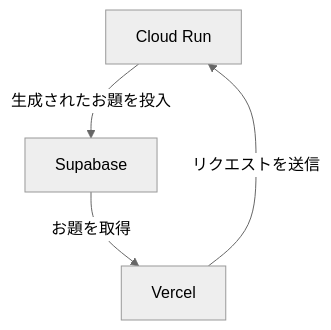
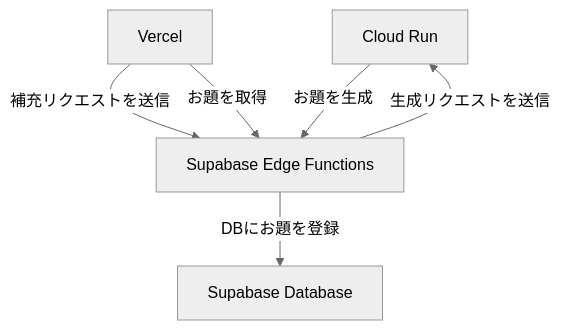
The diagram in README.md (Tanaka-Junsei/ogirin), drawn with Mermaid (neutral theme) before and after one commit. The commit also changed other lines of this file and 1 other file, not shown here.

Commit message:
追加

````diff
--- a/README.md
+++ b/README.md
@@ -14,10 +14,12 @@
 ```mermaid
-
 flowchart TB
   node_1["Cloud Run"]
-  node_2["Supabase"]
-  node_3["Vercel"]
-  node_1 --"生成されたお題を投入"--> node_2
-  node_2 --"お題を取得"--> node_3
-  node_3 --"リクエストを送信"--> node_1
+  node_2["Supabase Edge Functions"]
+  node_3["Supabase Database"]
+  node_4["Vercel"]
+  node_4 --"補充リクエストを送信"--> node_2
+  node_2 --"生成リクエストを送信"--> node_1
+  node_1 --"お題を生成"--> node_2
+  node_2 --"DBにお題を登録"--> node_3
+  node_4 --"お題を取得"--> node_2
 ```
````
